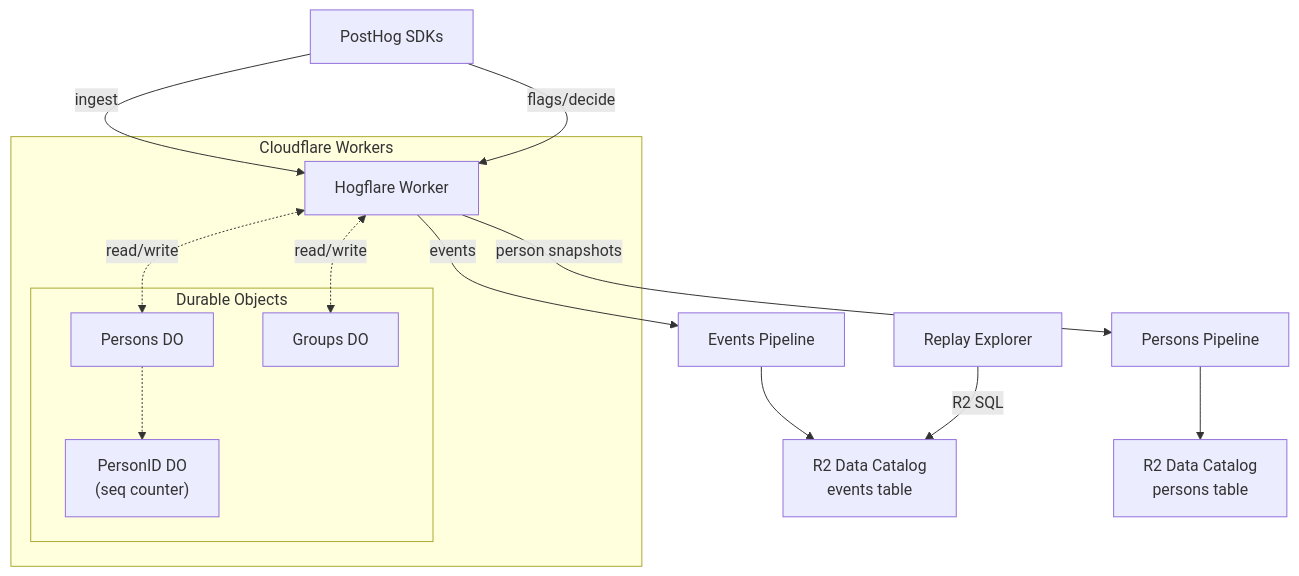
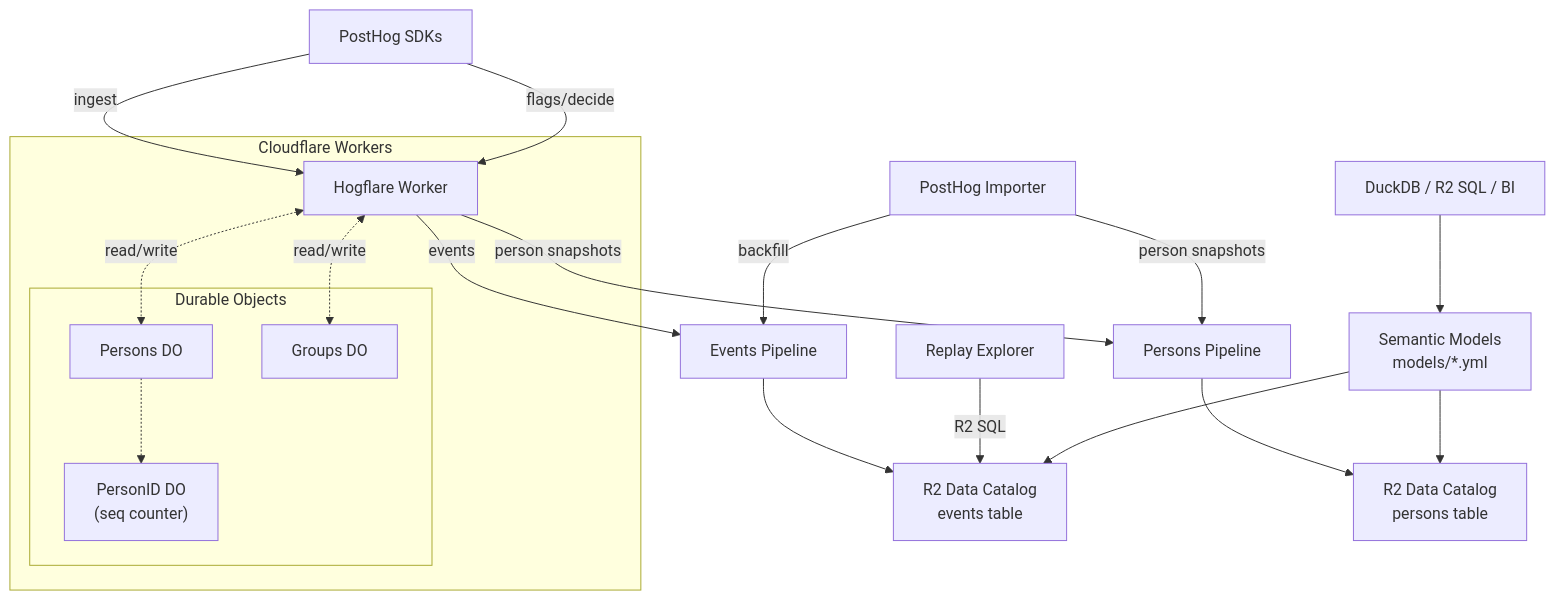
One commit to sidequery/hogflare changed the diagram in README.md. Above: the diagram before and after it, drawn with Mermaid. The commit also changed other lines of this file, not shown here.

````diff
--- a/README.md
+++ b/README.md
@@ -28,28 +45,34 @@
 ```mermaid
 flowchart TB
     SDKs["PostHog SDKs"]
+    Importer["PostHog Importer"]
 
     SDKs -->|"ingest"| Worker
     SDKs -->|"flags/decide"| Worker
+    Importer -->|"backfill"| EventsPipeline
+    Importer -->|"person snapshots"| PersonsPipeline
 
     subgraph CF["Cloudflare Workers"]
         Worker["Hogflare Worker"]
 
         subgraph DOs["Durable Objects"]
             PersonsDO["Persons DO"]
             PersonIdDO["PersonID DO<br/>(seq counter)"]
             GroupsDO["Groups DO"]
         end
 
         Worker <-.->|"read/write"| PersonsDO
         Worker <-.->|"read/write"| GroupsDO
         PersonsDO -.-> PersonIdDO
     end
 
     Worker -->|"events"| EventsPipeline["Events Pipeline"]
     Worker -->|"person snapshots"| PersonsPipeline["Persons Pipeline"]
     EventsPipeline --> EventsR2["R2 Data Catalog<br/>events table"]
     PersonsPipeline --> PersonsR2["R2 Data Catalog<br/>persons table"]
 
     ReplayUI["Replay Explorer"] -->|"R2 SQL"| EventsR2
+    Models["Semantic Models<br/>models/*.yml"] --> EventsR2
+    Models --> PersonsR2
+    Consumers["DuckDB / R2 SQL / BI"] --> Models
 ```
````
